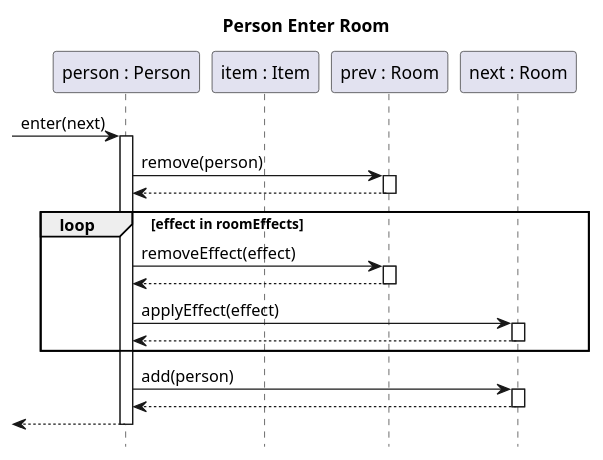
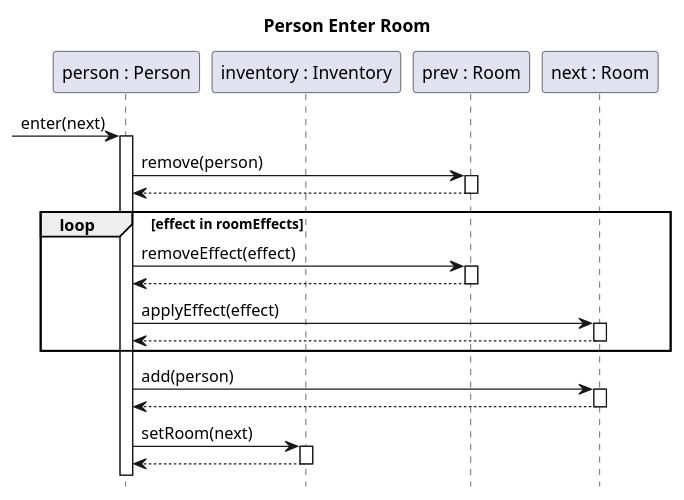
The diagram in docs/diagrams/sequence/person-enter-room.puml (sn4k3ch4rm3r/logarlec), drawn with PlantUML before and after one commit. The commit also changed 4 other files, not shown here.

Commit message:
added consistency across diagrams

```diff
--- a/docs/diagrams/sequence/person-enter-room.puml
+++ b/docs/diagrams/sequence/person-enter-room.puml
@@ -1,24 +1,25 @@
 @startuml person-enter-room
 title Person Enter Room
 hide footbox
 skinparam SequenceReferenceBackgroundColor white
 autoactivate on
 
 participant "person : Person" as person
-participant "item : Item" as item
+participant "inventory : Inventory" as inv
 participant "prev : Room" as prev
 participant "next : Room" as next
 
 [-> person : enter(next)
 	person -> prev : remove(person)
 	return
 	loop effect in roomEffects 
 		person -> prev : removeEffect(effect)
 		return
 		person -> next : applyEffect(effect)
 		return
 	end
 	person -> next : add(person)
 	return
+	person -> inv : setRoom(next)
 return
 @enduml
```
